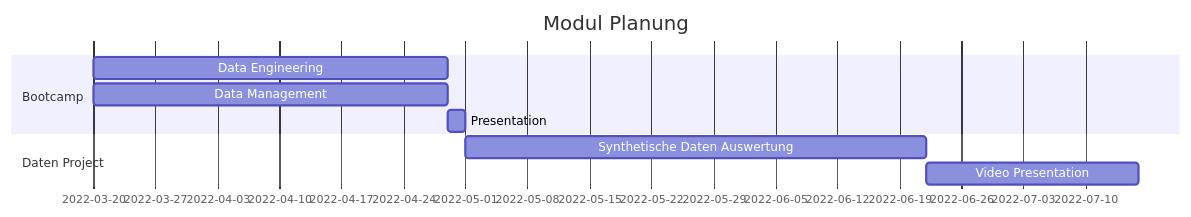
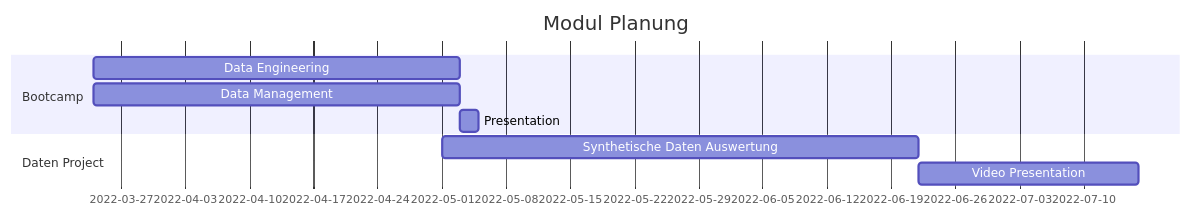
The second of 2 diagrams in README.md (Fuenfgeld/DataManagement), drawn with Mermaid before and after one commit.

````diff
--- a/README.md
+++ b/README.md
@@ -20,13 +20,13 @@
 ```mermaid
 gantt
     title Modul Planung
     %% this is a comment
     dateFormat  YYYY-MM-DD
     section Bootcamp
-    Data Engineering    :a1, 2022-03-20, 40d
-    Data Management     :a2, 2022-03-20 , 40d
+    Data Engineering    :a1, 2022-03-24, 40d
+    Data Management     :a2, 2022-03-24 , 40d
     Presentation        :after a1, 2d
     section Daten Project
     Synthetische Daten Auswertung      :2022-05-01  , 52d
     Video Presentation      : 24d
 ```
````
